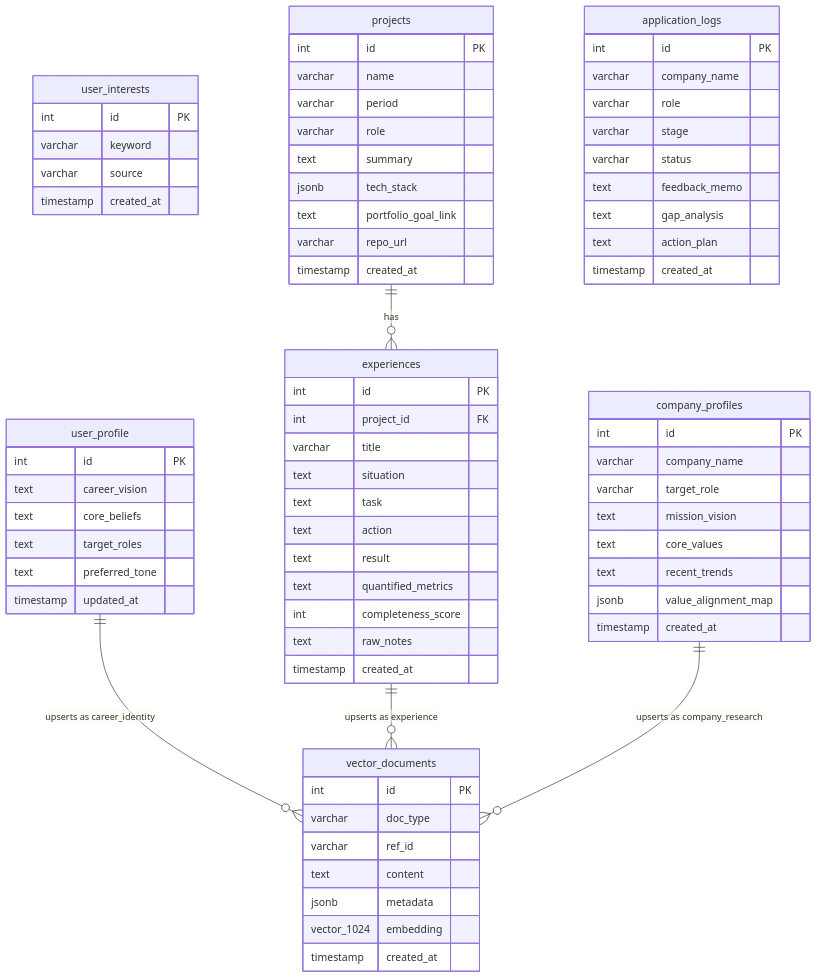
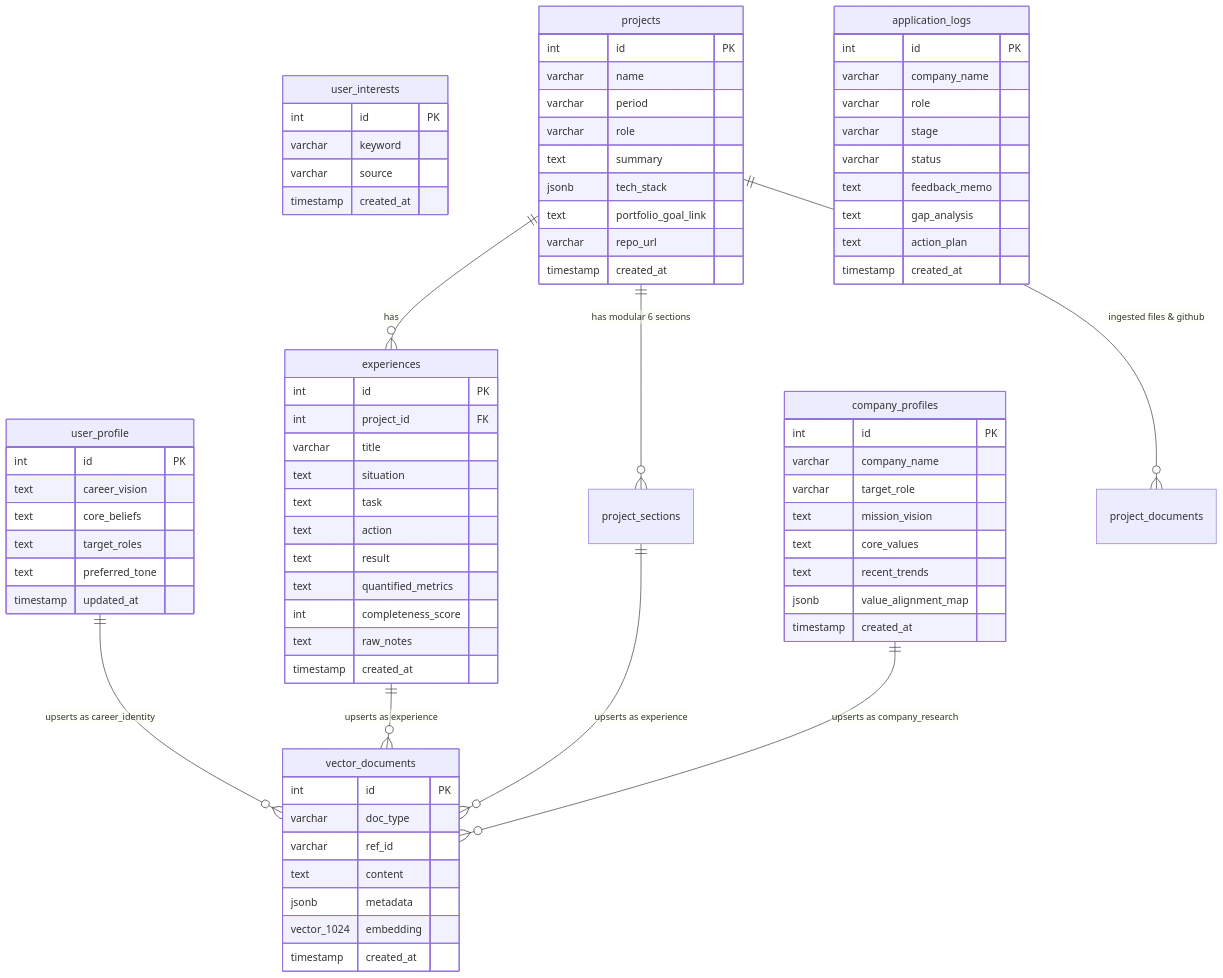
Before and after one commit to KASOP0306/write-on-vibe-lab: the second of 4 diagrams in ARCHITECTURE.md, drawn with Mermaid. The commit also changed other lines of this file and 13 other files, not shown here.

````diff
--- a/ARCHITECTURE.md
+++ b/ARCHITECTURE.md
@@ -127,7 +127,10 @@
     }
 
     projects ||--o{ experiences : "has"
+    projects ||--o{ project_sections : "has modular 6 sections"
+    projects ||--o{ project_documents : "ingested files & github"
     user_profile ||--o{ vector_documents : "upserts as career_identity"
     experiences ||--o{ vector_documents : "upserts as experience"
+    project_sections ||--o{ vector_documents : "upserts as experience"
     company_profiles ||--o{ vector_documents : "upserts as company_research"
 ```
````
